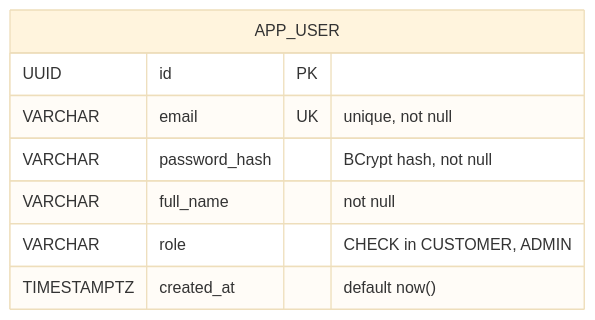
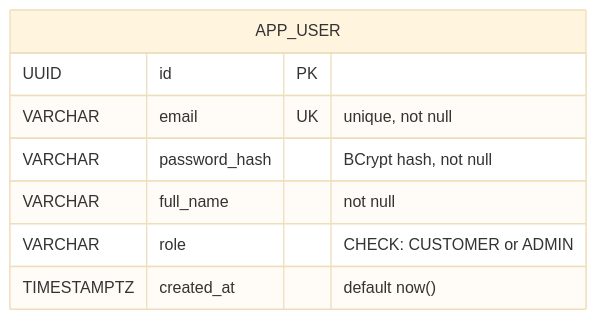
One commit to NikanEidi/ledgerlite changed the first of 5 diagrams in docs/01-auth.md. Above: the diagram before and after it, drawn with Mermaid (base theme). The commit also changed other lines of this file and 15 other files, not shown here.

````diff
--- a/docs/01-auth.md
+++ b/docs/01-auth.md
@@ -29,11 +29,11 @@
 ```mermaid
 erDiagram
     APP_USER {
         UUID id PK
         VARCHAR email UK "unique, not null"
         VARCHAR password_hash "BCrypt hash, not null"
         VARCHAR full_name "not null"
-        VARCHAR role "CHECK in CUSTOMER, ADMIN"
+        VARCHAR role "CHECK: CUSTOMER or ADMIN"
         TIMESTAMPTZ created_at "default now()"
     }
 ```
````
